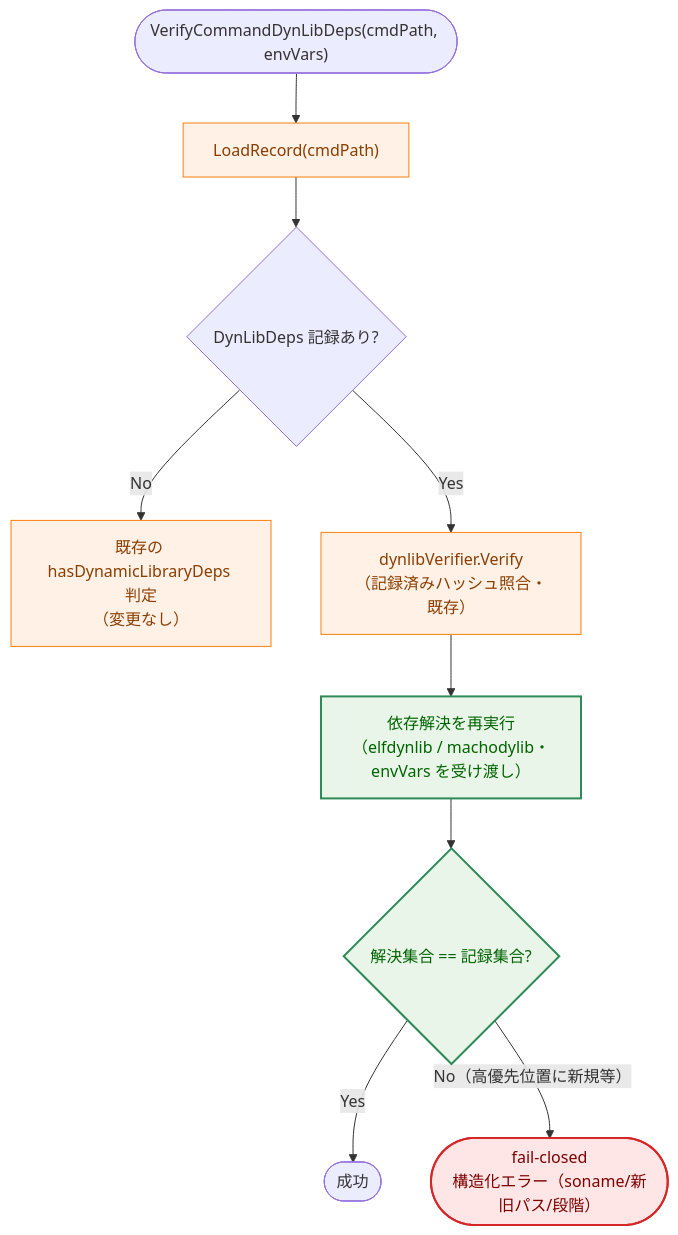
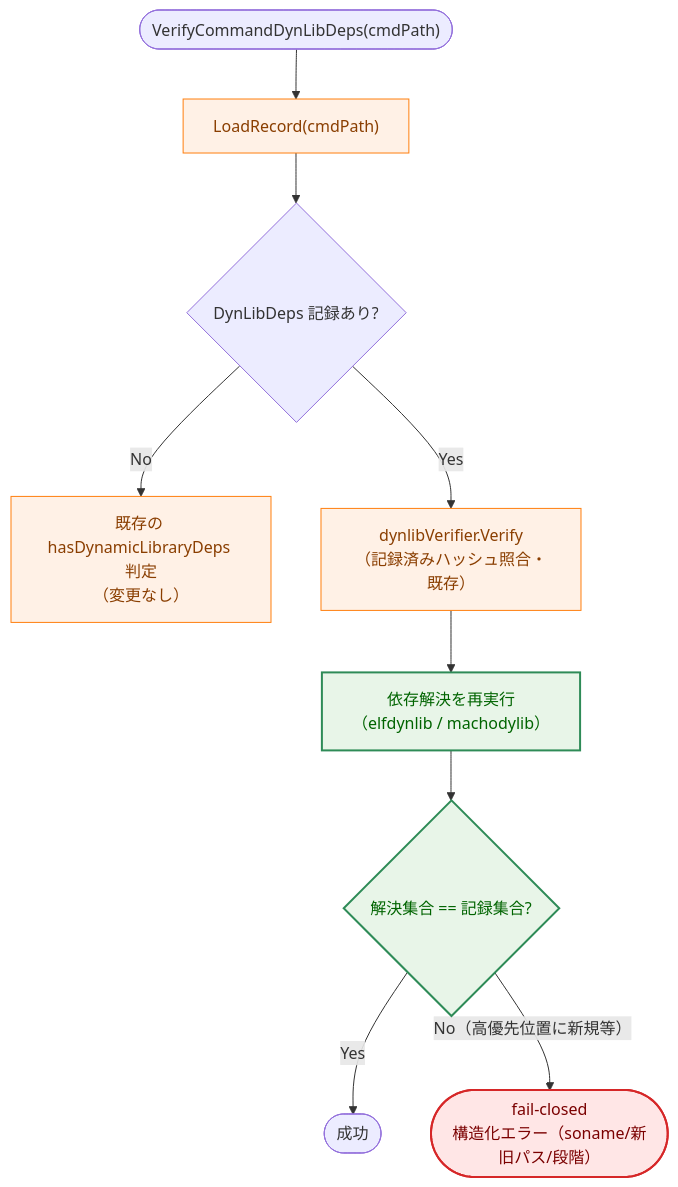
The tenth of 11 diagrams in docs/tasks/0155_toctou_verify_use_residual_gaps/02_architecture.md (isseis/go-safe-cmd-runner), drawn with Mermaid before and after one commit. The commit also changed other lines of this file and 14 other files, not shown here.

First line of the commit message:
fix(0155): drop unused envVars parameter from VerifyCommandDynLibDeps

````diff
--- a/docs/tasks/0155_toctou_verify_use_residual_gaps/02_architecture.md
+++ b/docs/tasks/0155_toctou_verify_use_residual_gaps/02_architecture.md
@@ -483,19 +480,19 @@
 ```mermaid
 flowchart TD
     classDef process fill:#fff1e6,stroke:#ff7f0e,stroke-width:1px,color:#8a3e00;
     classDef enhanced fill:#e8f5e8,stroke:#2e8b57,stroke-width:2px,color:#006400;
     classDef problem fill:#ffe6e6,stroke:#d62728,stroke-width:2px,color:#7b0000;
 
-    Start(["VerifyCommandDynLibDeps(cmdPath, envVars)"]) --> Load["LoadRecord(cmdPath)"]
+    Start(["VerifyCommandDynLibDeps(cmdPath)"]) --> Load["LoadRecord(cmdPath)"]
     Load --> Has{"DynLibDeps 記録あり?"}
     Has -->|"No"| Legacy["既存の hasDynamicLibraryDeps 判定<br>（変更なし）"]
     Has -->|"Yes"| HashV["dynlibVerifier.Verify<br>（記録済みハッシュ照合・既存）"]
-    HashV --> Reresolve["依存解決を再実行<br>（elfdynlib / machodylib・envVars を受け渡し）"]
+    HashV --> Reresolve["依存解決を再実行<br>（elfdynlib / machodylib）"]
     Reresolve --> Compare{"解決集合 == 記録集合?"}
     Compare -->|"Yes"| Ok(["成功"])
     Compare -->|"No（高優先位置に新規等）"| Fail(["fail-closed<br>構造化エラー（soname/新旧パス/段階）"])
 
     class Load,HashV,Legacy process
     class Reresolve,Compare enhanced
     class Fail problem
 ```
````
